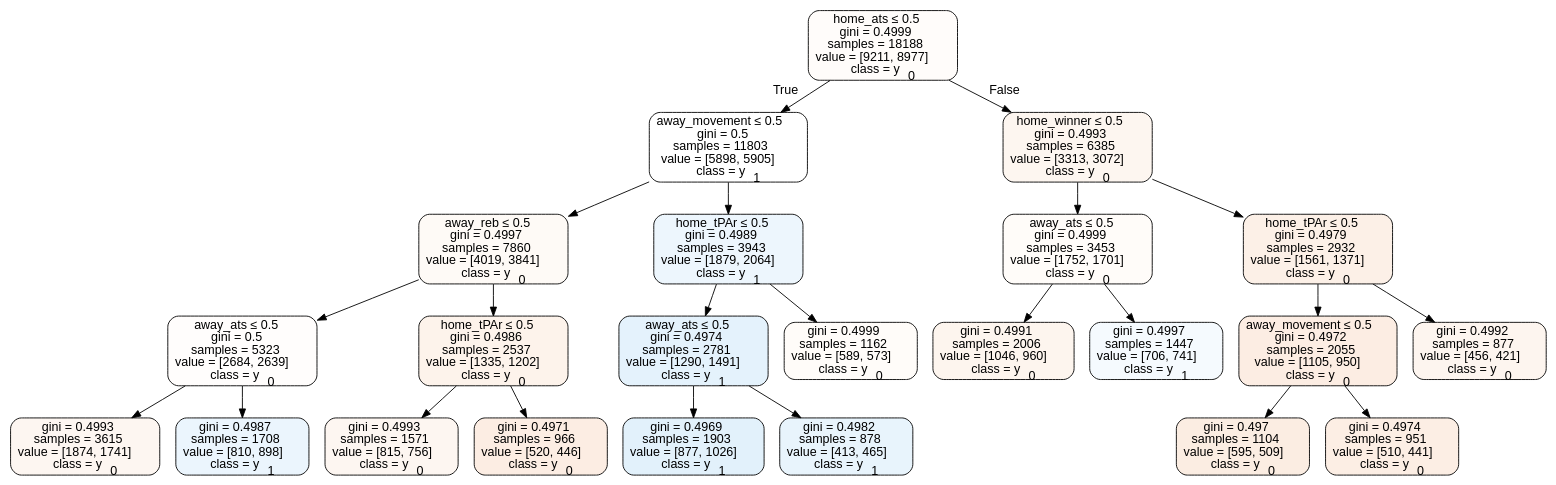
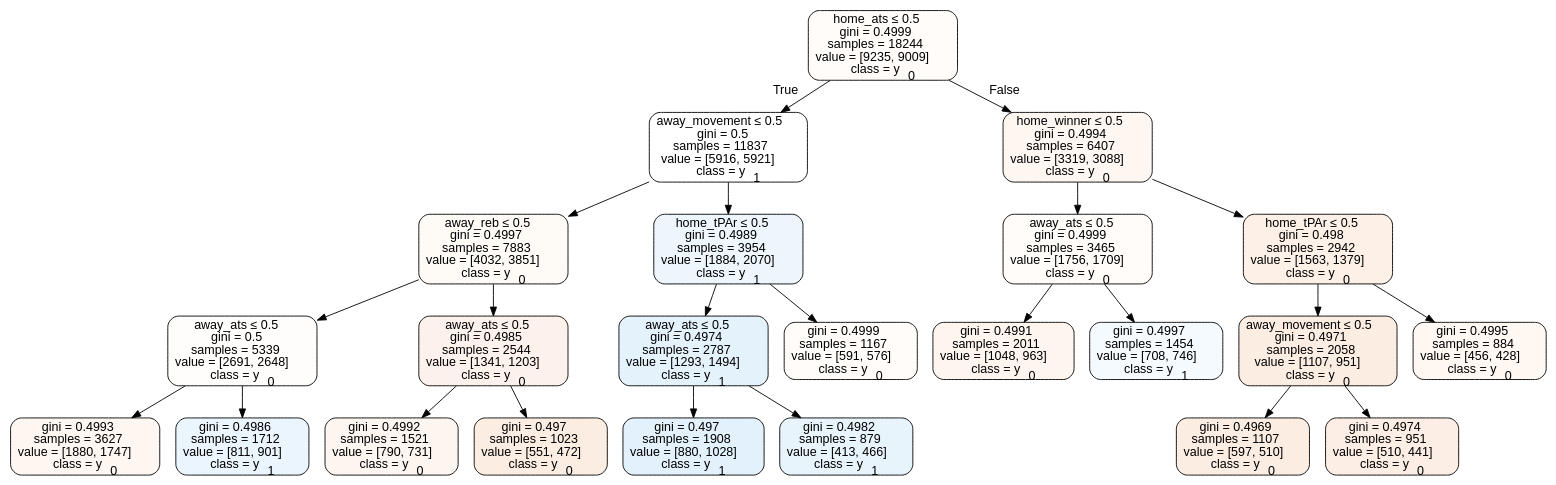
Before and after one commit to usbogie/ncaa-bets: the diagram in Basketball/data/trees/treehome.dot, drawn with Graphviz. The commit also changed 12 other files, not shown here.

```diff
--- a/Basketball/data/trees/treehome.dot
+++ b/Basketball/data/trees/treehome.dot
@@ -1,49 +1,49 @@
 digraph Tree {
 node [shape=box, style="filled, rounded", color="black", fontname=helvetica] ;
 edge [fontname=helvetica] ;
-0 [label=<home_ats &le; 0.5<br/>gini = 0.4999<br/>samples = 18188<br/>value = [9211, 8977]<br/>class = y<SUB>0</SUB>>, fillcolor="#e5813906"] ;
-1 [label=<away_movement &le; 0.5<br/>gini = 0.5<br/>samples = 11803<br/>value = [5898, 5905]<br/>class = y<SUB>1</SUB>>, fillcolor="#399de500"] ;
+0 [label=<home_ats &le; 0.5<br/>gini = 0.4999<br/>samples = 18244<br/>value = [9235, 9009]<br/>class = y<SUB>0</SUB>>, fillcolor="#e5813906"] ;
+1 [label=<away_movement &le; 0.5<br/>gini = 0.5<br/>samples = 11837<br/>value = [5916, 5921]<br/>class = y<SUB>1</SUB>>, fillcolor="#399de500"] ;
 0 -> 1 [labeldistance=2.5, labelangle=45, headlabel="True"] ;
-2 [label=<away_reb &le; 0.5<br/>gini = 0.4997<br/>samples = 7860<br/>value = [4019, 3841]<br/>class = y<SUB>0</SUB>>, fillcolor="#e581390b"] ;
+2 [label=<away_reb &le; 0.5<br/>gini = 0.4997<br/>samples = 7883<br/>value = [4032, 3851]<br/>class = y<SUB>0</SUB>>, fillcolor="#e581390b"] ;
 1 -> 2 ;
-3 [label=<away_ats &le; 0.5<br/>gini = 0.5<br/>samples = 5323<br/>value = [2684, 2639]<br/>class = y<SUB>0</SUB>>, fillcolor="#e5813904"] ;
+3 [label=<away_ats &le; 0.5<br/>gini = 0.5<br/>samples = 5339<br/>value = [2691, 2648]<br/>class = y<SUB>0</SUB>>, fillcolor="#e5813904"] ;
 2 -> 3 ;
-4 [label=<gini = 0.4993<br/>samples = 3615<br/>value = [1874, 1741]<br/>class = y<SUB>0</SUB>>, fillcolor="#e5813912"] ;
+4 [label=<gini = 0.4993<br/>samples = 3627<br/>value = [1880, 1747]<br/>class = y<SUB>0</SUB>>, fillcolor="#e5813912"] ;
 3 -> 4 ;
-5 [label=<gini = 0.4987<br/>samples = 1708<br/>value = [810, 898]<br/>class = y<SUB>1</SUB>>, fillcolor="#399de519"] ;
+5 [label=<gini = 0.4986<br/>samples = 1712<br/>value = [811, 901]<br/>class = y<SUB>1</SUB>>, fillcolor="#399de519"] ;
 3 -> 5 ;
-6 [label=<home_tPAr &le; 0.5<br/>gini = 0.4986<br/>samples = 2537<br/>value = [1335, 1202]<br/>class = y<SUB>0</SUB>>, fillcolor="#e5813919"] ;
+6 [label=<away_ats &le; 0.5<br/>gini = 0.4985<br/>samples = 2544<br/>value = [1341, 1203]<br/>class = y<SUB>0</SUB>>, fillcolor="#e581391a"] ;
 2 -> 6 ;
-7 [label=<gini = 0.4993<br/>samples = 1571<br/>value = [815, 756]<br/>class = y<SUB>0</SUB>>, fillcolor="#e5813912"] ;
+7 [label=<gini = 0.4992<br/>samples = 1521<br/>value = [790, 731]<br/>class = y<SUB>0</SUB>>, fillcolor="#e5813913"] ;
 6 -> 7 ;
-8 [label=<gini = 0.4971<br/>samples = 966<br/>value = [520, 446]<br/>class = y<SUB>0</SUB>>, fillcolor="#e5813924"] ;
+8 [label=<gini = 0.497<br/>samples = 1023<br/>value = [551, 472]<br/>class = y<SUB>0</SUB>>, fillcolor="#e5813925"] ;
 6 -> 8 ;
-9 [label=<home_tPAr &le; 0.5<br/>gini = 0.4989<br/>samples = 3943<br/>value = [1879, 2064]<br/>class = y<SUB>1</SUB>>, fillcolor="#399de517"] ;
+9 [label=<home_tPAr &le; 0.5<br/>gini = 0.4989<br/>samples = 3954<br/>value = [1884, 2070]<br/>class = y<SUB>1</SUB>>, fillcolor="#399de517"] ;
 1 -> 9 ;
-10 [label=<away_ats &le; 0.5<br/>gini = 0.4974<br/>samples = 2781<br/>value = [1290, 1491]<br/>class = y<SUB>1</SUB>>, fillcolor="#399de522"] ;
+10 [label=<away_ats &le; 0.5<br/>gini = 0.4974<br/>samples = 2787<br/>value = [1293, 1494]<br/>class = y<SUB>1</SUB>>, fillcolor="#399de522"] ;
 9 -> 10 ;
-11 [label=<gini = 0.4969<br/>samples = 1903<br/>value = [877, 1026]<br/>class = y<SUB>1</SUB>>, fillcolor="#399de525"] ;
+11 [label=<gini = 0.497<br/>samples = 1908<br/>value = [880, 1028]<br/>class = y<SUB>1</SUB>>, fillcolor="#399de525"] ;
 10 -> 11 ;
-12 [label=<gini = 0.4982<br/>samples = 878<br/>value = [413, 465]<br/>class = y<SUB>1</SUB>>, fillcolor="#399de51d"] ;
+12 [label=<gini = 0.4982<br/>samples = 879<br/>value = [413, 466]<br/>class = y<SUB>1</SUB>>, fillcolor="#399de51d"] ;
 10 -> 12 ;
-13 [label=<gini = 0.4999<br/>samples = 1162<br/>value = [589, 573]<br/>class = y<SUB>0</SUB>>, fillcolor="#e5813907"] ;
+13 [label=<gini = 0.4999<br/>samples = 1167<br/>value = [591, 576]<br/>class = y<SUB>0</SUB>>, fillcolor="#e5813906"] ;
 9 -> 13 ;
-14 [label=<home_winner &le; 0.5<br/>gini = 0.4993<br/>samples = 6385<br/>value = [3313, 3072]<br/>class = y<SUB>0</SUB>>, fillcolor="#e5813913"] ;
+14 [label=<home_winner &le; 0.5<br/>gini = 0.4994<br/>samples = 6407<br/>value = [3319, 3088]<br/>class = y<SUB>0</SUB>>, fillcolor="#e5813912"] ;
 0 -> 14 [labeldistance=2.5, labelangle=-45, headlabel="False"] ;
-15 [label=<away_ats &le; 0.5<br/>gini = 0.4999<br/>samples = 3453<br/>value = [1752, 1701]<br/>class = y<SUB>0</SUB>>, fillcolor="#e5813907"] ;
+15 [label=<away_ats &le; 0.5<br/>gini = 0.4999<br/>samples = 3465<br/>value = [1756, 1709]<br/>class = y<SUB>0</SUB>>, fillcolor="#e5813907"] ;
 14 -> 15 ;
-16 [label=<gini = 0.4991<br/>samples = 2006<br/>value = [1046, 960]<br/>class = y<SUB>0</SUB>>, fillcolor="#e5813915"] ;
+16 [label=<gini = 0.4991<br/>samples = 2011<br/>value = [1048, 963]<br/>class = y<SUB>0</SUB>>, fillcolor="#e5813915"] ;
 15 -> 16 ;
-17 [label=<gini = 0.4997<br/>samples = 1447<br/>value = [706, 741]<br/>class = y<SUB>1</SUB>>, fillcolor="#399de50c"] ;
+17 [label=<gini = 0.4997<br/>samples = 1454<br/>value = [708, 746]<br/>class = y<SUB>1</SUB>>, fillcolor="#399de50d"] ;
 15 -> 17 ;
-18 [label=<home_tPAr &le; 0.5<br/>gini = 0.4979<br/>samples = 2932<br/>value = [1561, 1371]<br/>class = y<SUB>0</SUB>>, fillcolor="#e581391f"] ;
+18 [label=<home_tPAr &le; 0.5<br/>gini = 0.498<br/>samples = 2942<br/>value = [1563, 1379]<br/>class = y<SUB>0</SUB>>, fillcolor="#e581391e"] ;
 14 -> 18 ;
-19 [label=<away_movement &le; 0.5<br/>gini = 0.4972<br/>samples = 2055<br/>value = [1105, 950]<br/>class = y<SUB>0</SUB>>, fillcolor="#e5813924"] ;
+19 [label=<away_movement &le; 0.5<br/>gini = 0.4971<br/>samples = 2058<br/>value = [1107, 951]<br/>class = y<SUB>0</SUB>>, fillcolor="#e5813924"] ;
 18 -> 19 ;
-20 [label=<gini = 0.497<br/>samples = 1104<br/>value = [595, 509]<br/>class = y<SUB>0</SUB>>, fillcolor="#e5813925"] ;
+20 [label=<gini = 0.4969<br/>samples = 1107<br/>value = [597, 510]<br/>class = y<SUB>0</SUB>>, fillcolor="#e5813925"] ;
 19 -> 20 ;
 21 [label=<gini = 0.4974<br/>samples = 951<br/>value = [510, 441]<br/>class = y<SUB>0</SUB>>, fillcolor="#e5813922"] ;
 19 -> 21 ;
-22 [label=<gini = 0.4992<br/>samples = 877<br/>value = [456, 421]<br/>class = y<SUB>0</SUB>>, fillcolor="#e5813914"] ;
+22 [label=<gini = 0.4995<br/>samples = 884<br/>value = [456, 428]<br/>class = y<SUB>0</SUB>>, fillcolor="#e5813910"] ;
 18 -> 22 ;
 }
```
